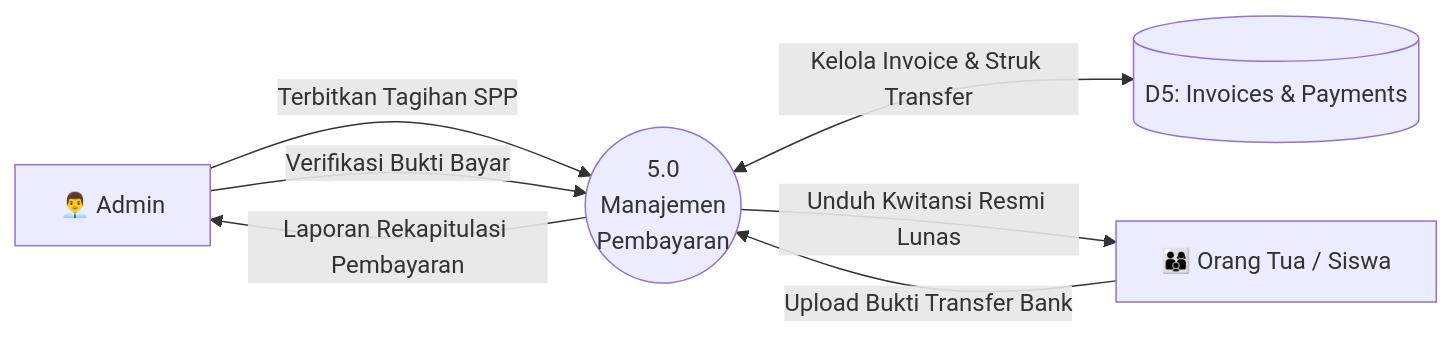
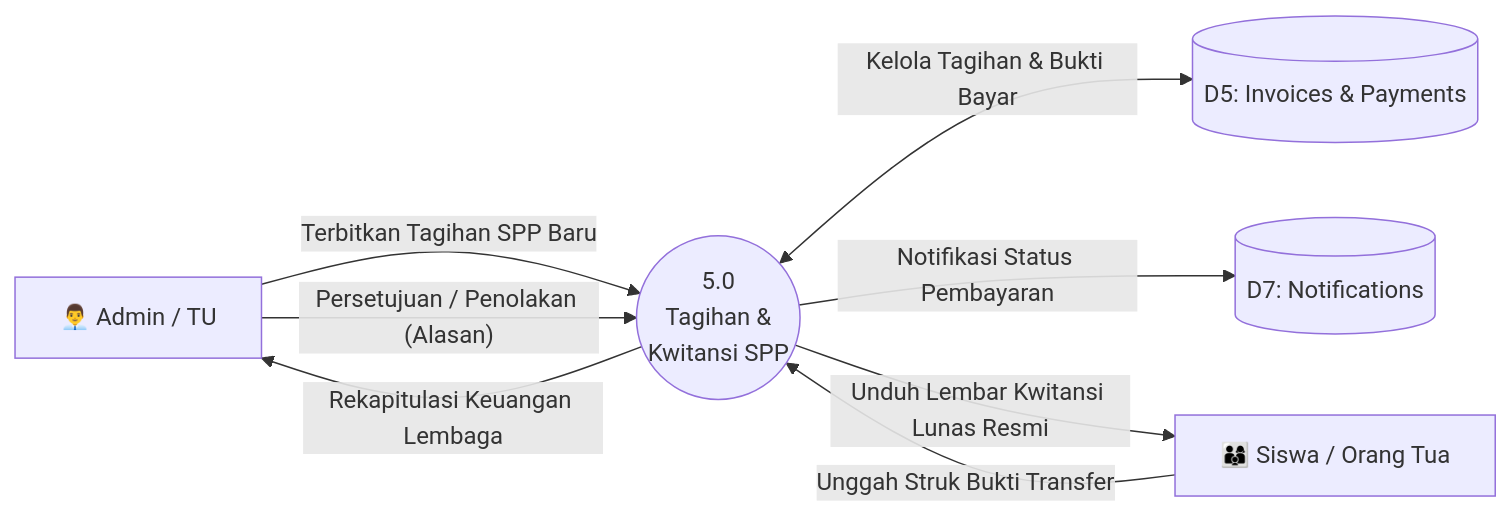
Before and after one commit to mohyusfi/bimbel-rpl: the sixth of 6 diagrams in dfd/dfd_level_1.md, drawn with Mermaid. The commit also changed other lines of this file and 30 other files, not shown here.

````diff
--- a/dfd/dfd_level_1.md
+++ b/dfd/dfd_level_1.md
@@ -112,9 +129,10 @@
 ```mermaid
 flowchart LR
-    Admin["👨‍💼 Admin"] -->|"Terbitkan Tagihan SPP"| P5(("5.0<br/>Manajemen<br/>Pembayaran"))
-    OrtuSiswa["👨‍👩‍👦 Orang Tua / Siswa"] -->|"Upload Bukti Transfer Bank"| P5
-    P5 <-->|"Kelola Invoice & Struk Transfer"| D5[("D5: Invoices & Payments")]
-    Admin -->|"Verifikasi Bukti Bayar"| P5
-    P5 -->|"Unduh Kwitansi Resmi Lunas"| OrtuSiswa
-    P5 -->|"Laporan Rekapitulasi Pembayaran"| Admin
+    Admin["👨‍💼 Admin / TU"] -->|"Terbitkan Tagihan SPP Baru"| P5(("5.0<br/>Tagihan &<br/>Kwitansi SPP"))
+    OrtuSiswa["👨‍👩‍👦 Siswa / Orang Tua"] -->|"Unggah Struk Bukti Transfer"| P5
+    P5 <-->|"Kelola Tagihan & Bukti Bayar"| D5[("D5: Invoices & Payments")]
+    Admin -->|"Persetujuan / Penolakan (Alasan)"| P5
+    P5 -->|"Notifikasi Status Pembayaran"| D7[("D7: Notifications")]
+    P5 -->|"Unduh Lembar Kwitansi Lunas Resmi"| OrtuSiswa
+    P5 -->|"Rekapitulasi Keuangan Lembaga"| Admin
 ```
````
